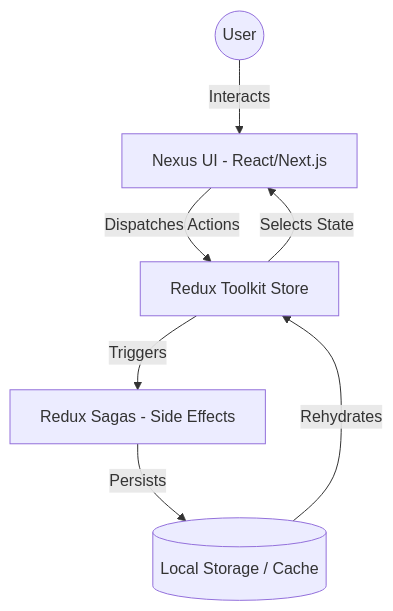
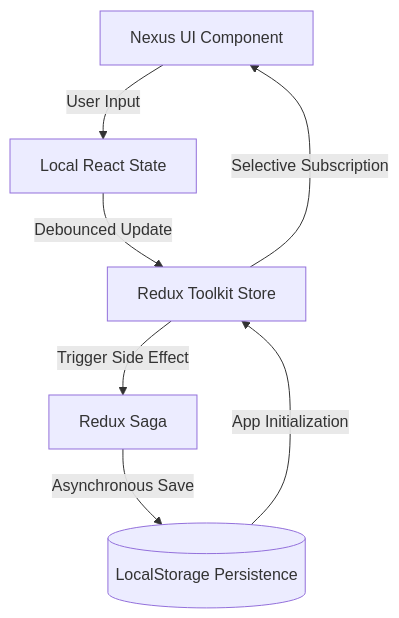
One commit to santanu949/Interactive-Note-App-using-Next.js changed the diagram in README.md. Above: the diagram before and after it, drawn with Mermaid. The commit also changed other lines of this file, not shown here.

````diff
--- a/README.md
+++ b/README.md
@@ -23,9 +41,9 @@
 ```mermaid
 graph TD
-    User((User)) -->|Interacts| UI[Nexus UI - React/Next.js]
-    UI -->|Dispatches Actions| Redux[Redux Toolkit Store]
-    Redux -->|Triggers| Sagas[Redux Sagas - Side Effects]
-    Sagas -->|Persists| Storage[(Local Storage / Cache)]
-    Storage -->|Rehydrates| Redux
-    Redux -->|Selects State| UI
+    A[Nexus UI Component] -->|User Input| B[Local React State]
+    B -->|Debounced Update| C[Redux Toolkit Store]
+    C -->|Trigger Side Effect| D[Redux Saga]
+    D -->|Asynchronous Save| E[(LocalStorage Persistence)]
+    E -->|App Initialization| C
+    C -->|Selective Subscription| A
 ```
````
